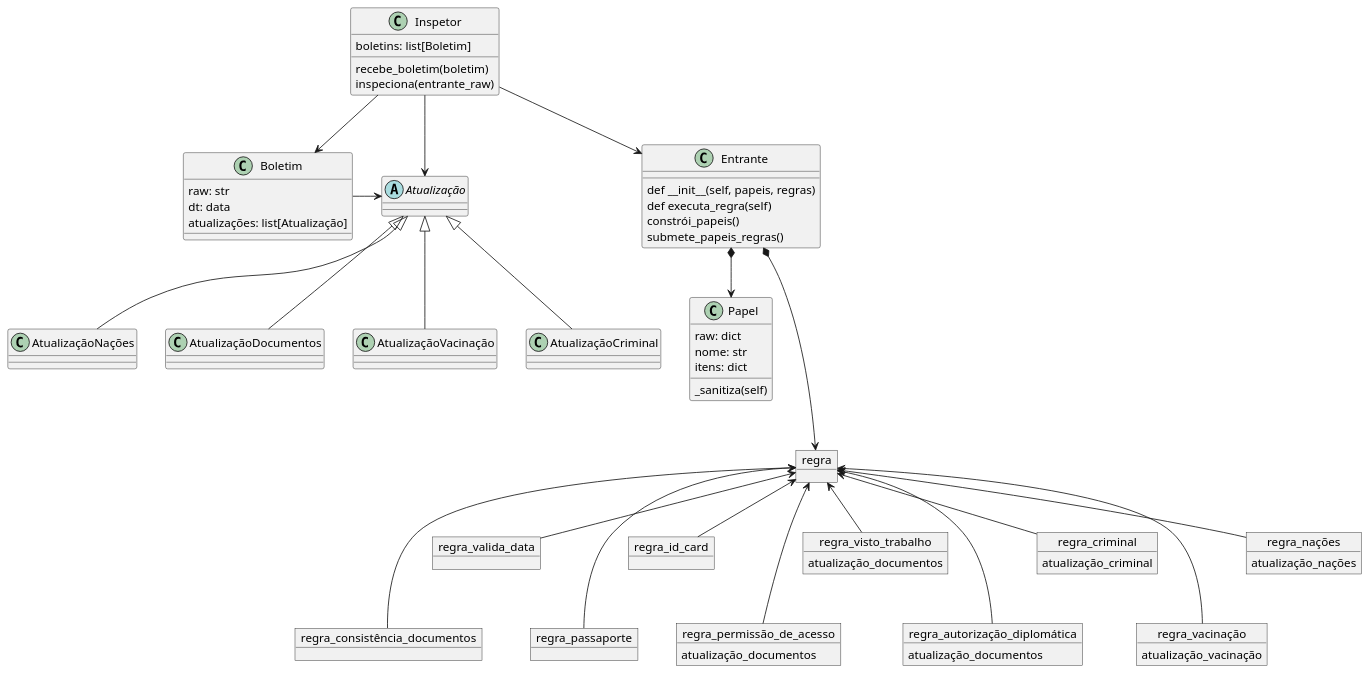
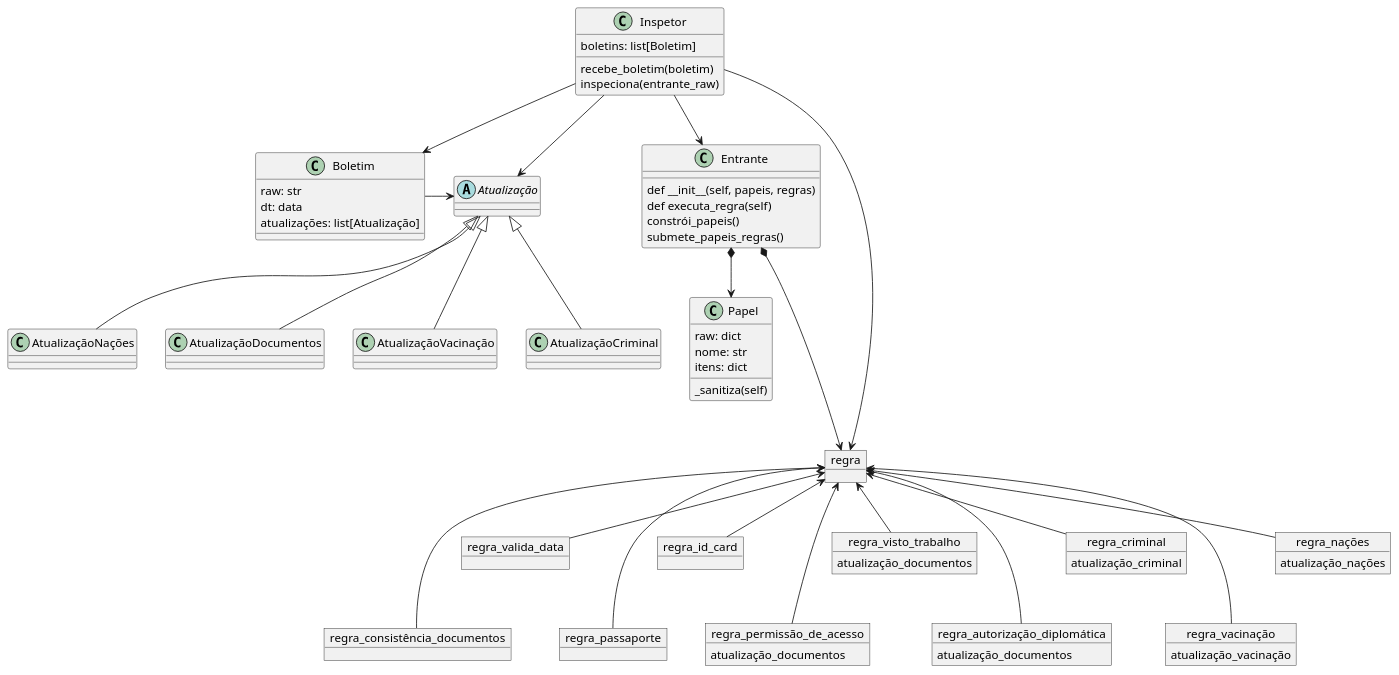
One commit to ralphribeiro/papers_please changed the diagram in strategy.pu. Above: the diagram before and after it, drawn with PlantUML. The commit also changed 2 other files, not shown here.

```diff
--- a/strategy.pu
+++ b/strategy.pu
@@ -1,83 +1,84 @@
 @startuml
 
 class Entrante{
     def __init__(self, papeis, regras)
     def executa_regra(self)
     constrói_papeis()
     submete_papeis_regras()
 }
 
 class Papel{
     raw: dict
     nome: str
     itens: dict
     _sanitiza(self)
 }
 
 class Boletim{
     raw: str
     dt: data
     atualizações: list[Atualização]
 }
 
 class Inspetor{
     boletins: list[Boletim]
     recebe_boletim(boletim)
     inspeciona(entrante_raw)
 }
 
 object regra
 object regra_consistência_documentos
 object regra_valida_data
 object regra_passaporte
 object regra_id_card
 object regra_permissão_de_acesso{
     atualização_documentos
 }
 object regra_visto_trabalho{
     atualização_documentos
 }
 object regra_autorização_diplomática{
     atualização_documentos
 }
 object regra_criminal{
     atualização_criminal
 }
 object regra_vacinação{
     atualização_vacinação
 }
 object regra_nações{
     atualização_nações
 }
 
 abstract Atualização
 class AtualizaçãoNações
 class AtualizaçãoDocumentos
 class AtualizaçãoVacinação
 class AtualizaçãoCriminal
 
 regra <--- regra_consistência_documentos
 regra <-- regra_valida_data
 regra <--- regra_passaporte
 regra <-- regra_id_card
 regra <--- regra_permissão_de_acesso
 regra <-- regra_visto_trabalho
 regra <--- regra_autorização_diplomática
 regra <-- regra_criminal
 regra <--- regra_vacinação
 regra <-- regra_nações
 
 Inspetor --> Entrante
 Inspetor --> Boletim
 Inspetor --> Atualização
+Inspetor --> regra
 
 Entrante *---> regra
 Entrante *--> Papel
 
 Atualização <|-- AtualizaçãoNações
 Atualização <|-- AtualizaçãoDocumentos
 Atualização <|-- AtualizaçãoVacinação
 Atualização <|-- AtualizaçãoCriminal
 
 Boletim -> Atualização
 @enduml
```
